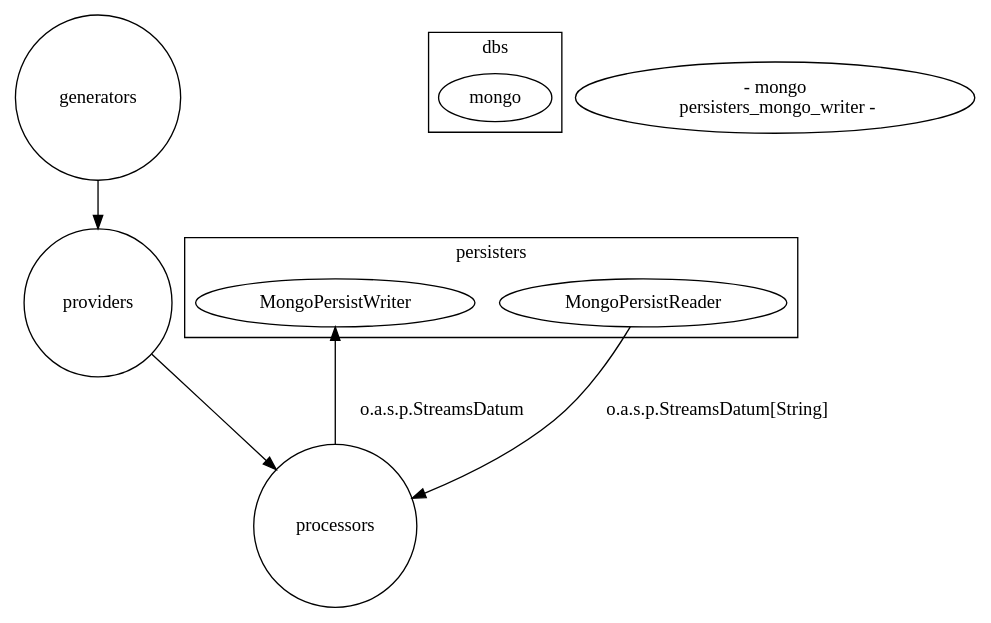
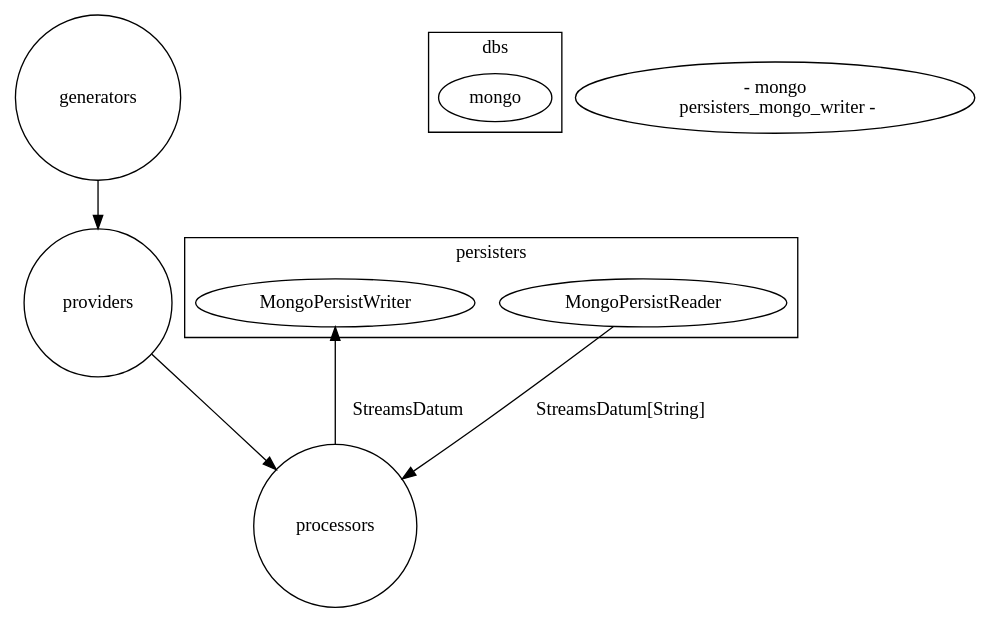
One commit to apache/streams changed the diagram in streams-contrib/streams-persist-mongo/src/main/resources/components.dot. Above: the diagram before and after it, drawn with Graphviz. The commit also changed 16 other files, not shown here.

Commit message:
add diagrams and improve index.html

```diff
--- a/streams-contrib/streams-persist-mongo/src/main/resources/components.dot
+++ b/streams-contrib/streams-persist-mongo/src/main/resources/components.dot
@@ -1,32 +1,32 @@
 digraph g {
 
   graph [compound = true];
 
   //presentation
   splines = true;
   overlap = false;
   rankdir = TB;
 
   generators [label="generators", shape="circle"];
   providers [label="providers", shape="circle"];
   processors [label="processors", shape="circle"];
 
   subgraph cluster_persisters {
     label="persisters";
     persisters_mongo_reader [label="MongoPersistReader"]
     persisters_mongo_writer [label="MongoPersistWriter"]
   }
 
   subgraph cluster_dbs {
     label="dbs";
     mongo [label="mongo"]
   }
 
   generators -> providers
   providers -> processors
-  processors -> persisters_mongo_writer [label="o.a.s.p.StreamsDatum"]
-  persisters_mongo_reader -> processors [label="o.a.s.p.StreamsDatum[String]"]
+  processors -> persisters_mongo_writer [label="StreamsDatum"]
+  persisters_mongo_reader -> processors [label="StreamsDatum[String]"]
   persisters_mongo_reader <- mongo
   persisters_mongo_writer -> mongo
 
 }
```
